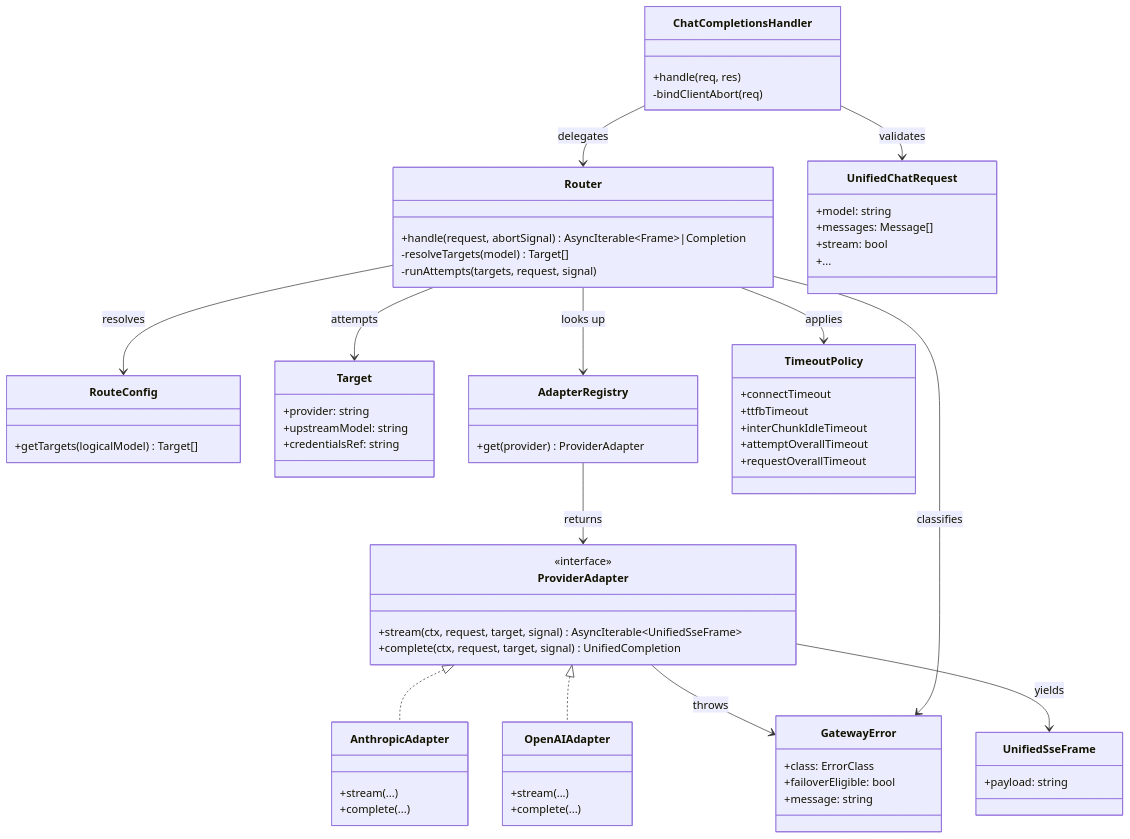
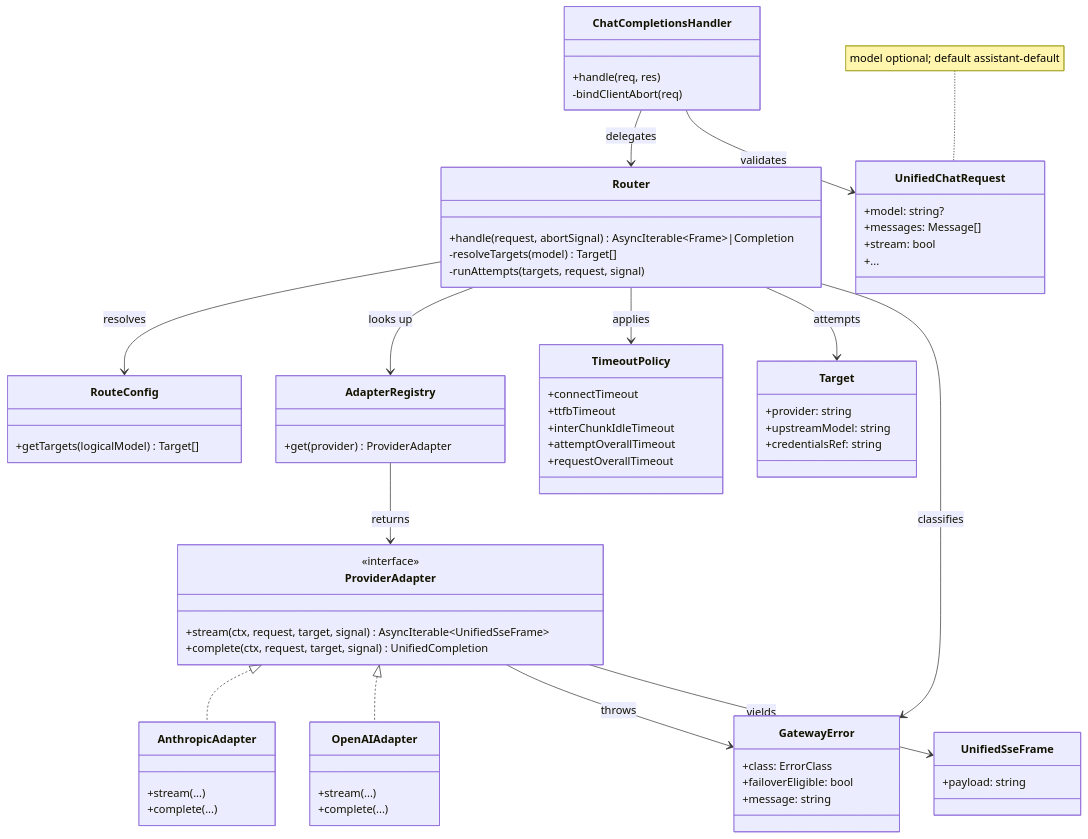
The first of 2 diagrams in docs/architecture/class-diagrams.md (MahimDadhich/do-demo), drawn with Mermaid before and after one commit. The commit also changed 5 other files, not shown here.

First line of the commit message:
Lock optional logical model default and unknown-model 404

```diff
--- a/docs/architecture/class-diagrams.md
+++ b/docs/architecture/class-diagrams.md
@@ -64,11 +64,12 @@
   }
 
   class UnifiedChatRequest {
-    +model: string
+    +model: string?
     +messages: Message[]
     +stream: bool
     +...
   }
+  note for UnifiedChatRequest "model optional; default assistant-default"
 
   class UnifiedSseFrame {
     +payload: string
```
